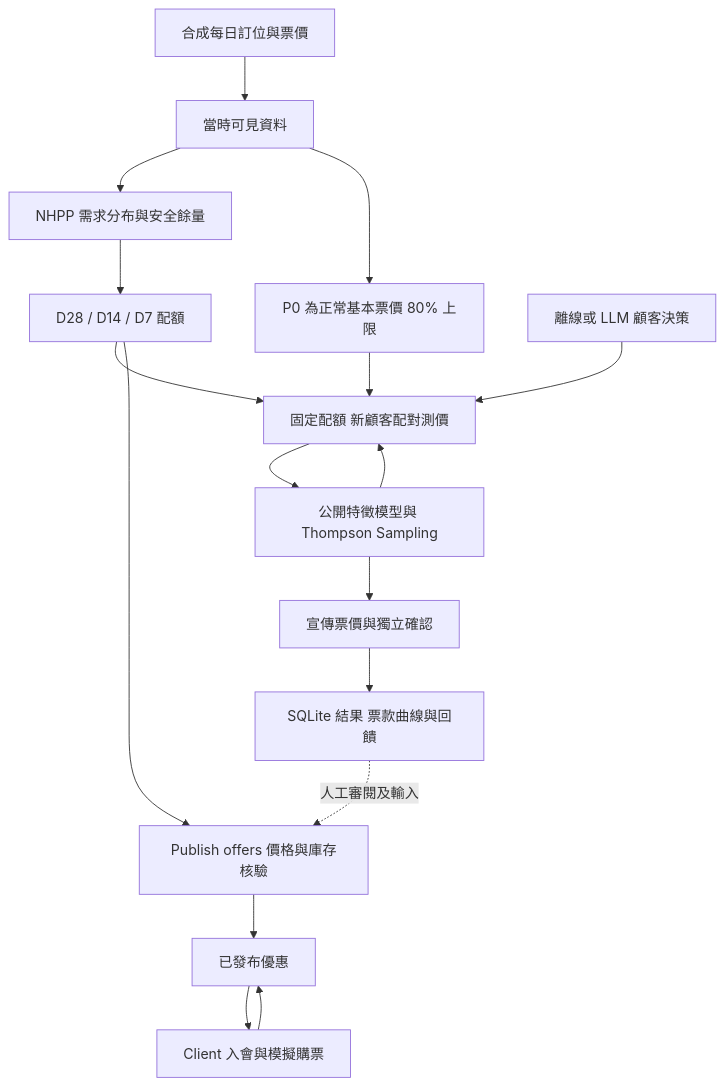
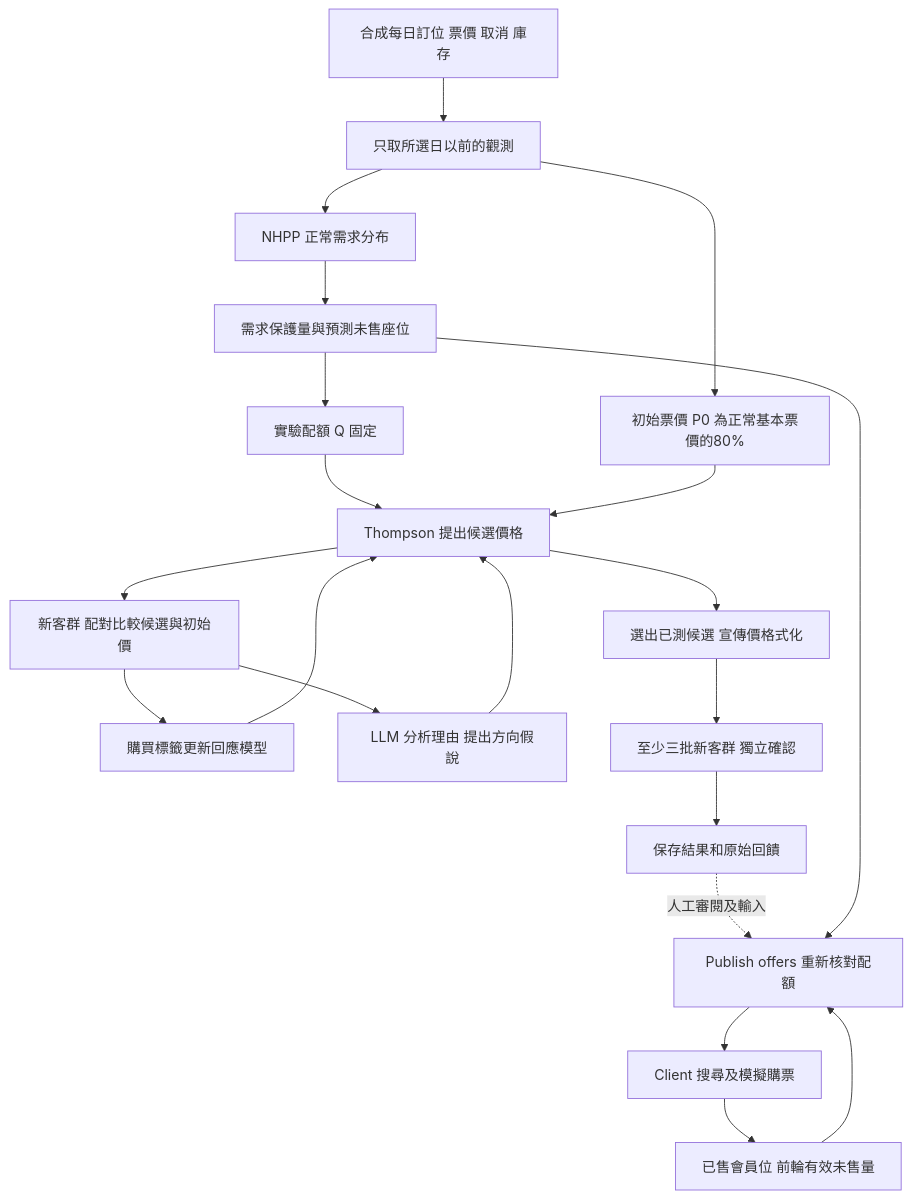
One commit to Horse-MA00/E117-AirplaneCPU changed the diagram in docs/CURRENT_IMPLEMENTATION.md. Above: the diagram before and after it, drawn with Mermaid. The commit also changed other lines of this file and 10 other files, not shown here.

````diff
--- a/docs/CURRENT_IMPLEMENTATION.md
+++ b/docs/CURRENT_IMPLEMENTATION.md
@@ -9,19 +25,23 @@
 ```mermaid
 flowchart TD
-    S[合成每日訂位與票價] --> D[當時可見資料]
-    D --> N[NHPP 需求分布與安全餘量]
-    N --> R[D28 / D14 / D7 配額]
-    D --> P[P0 為正常基本票價 80% 上限]
-    R --> W[固定配額 新顧客配對測價]
-    P --> W
-    M[離線或 LLM 顧客決策] --> W
-    W --> T[公開特徵模型與 Thompson Sampling]
-    T --> W
-    T --> V[宣傳票價與獨立確認]
-    V --> E[SQLite 結果 票款曲線與回饋]
-    E -. 人工審閱及輸入 .-> A[Publish offers 價格與庫存核驗]
-    R --> A
-    A --> Q[已發布優惠]
-    Q --> C[Client 入會與模擬購票]
-    C --> Q
+    A[合成每日訂位 票價 取消 庫存] --> B[只取所選日以前的觀測]
+    B --> C[NHPP 正常需求分布]
+    C --> D[需求保護量與預測未售座位]
+    D --> E[實驗配額 Q 固定]
+    B --> F[初始票價 P0 為正常基本票價的80%]
+    E --> G[Thompson 提出候選價格]
+    F --> G
+    G --> H[新客群 配對比較候選與初始價]
+    H --> I[購買標籤更新回應模型]
+    H --> J[LLM 分析理由 提出方向假說]
+    I --> G
+    J --> G
+    G --> K[選出已測候選 宣傳價格式化]
+    K --> L[至少三批新客群 獨立確認]
+    L --> M[保存結果和原始回饋]
+    M -. 人工審閱及輸入 .-> N[Publish offers 重新核對配額]
+    D --> N
+    O[已售會員位 前輪有效未售量] --> N
+    N --> P[Client 搜尋及模擬購票]
+    P --> O
 ```
````
